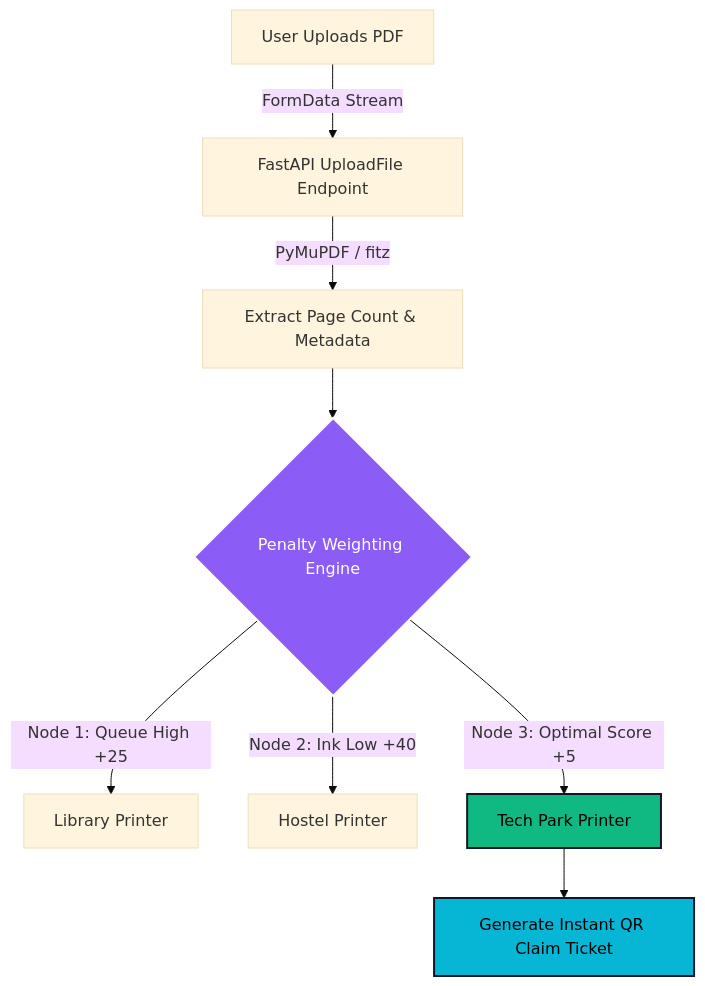
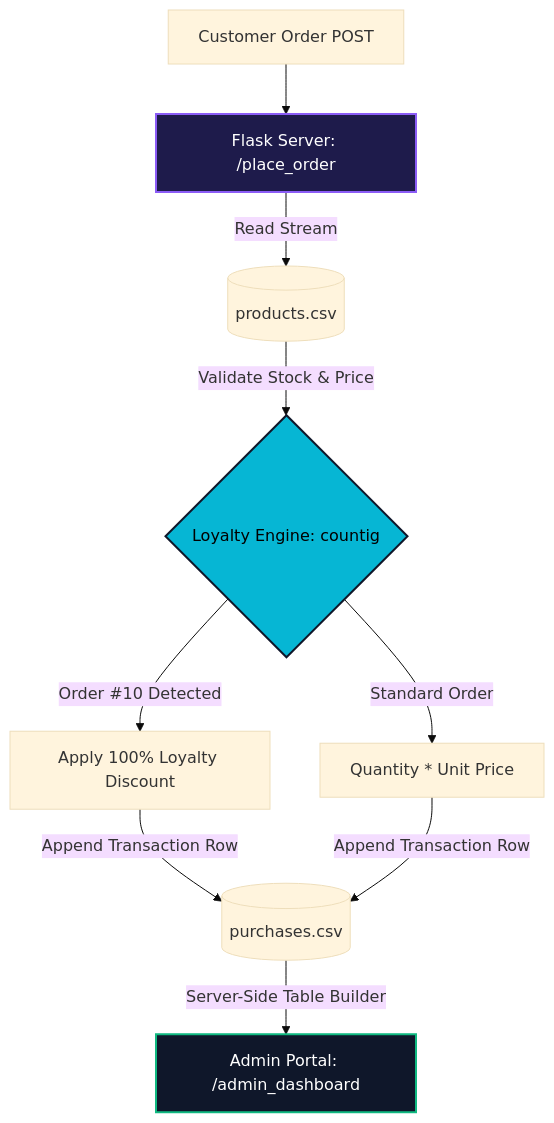
Before and after one commit to RD998/RD998: the second of 4 diagrams in README.md, drawn with Mermaid (base theme). The commit also changed other lines of this file, not shown here.

````diff
--- a/README.md
+++ b/README.md
@@ -75,13 +65,13 @@
 ```mermaid
 flowchart TD
-    PDF[User Uploads PDF] -->|FormData Stream| API[FastAPI UploadFile Endpoint]
-    API -->|PyMuPDF / fitz| META[Extract Page Count & Metadata]
-    META --> ALG{Penalty Weighting Engine}
-    ALG -->|Node 1: Queue High +25| P1[Library Printer]
-    ALG -->|Node 2: Ink Low +40| P2[Hostel Printer]
-    ALG -->|Node 3: Optimal Score +5| P3[Tech Park Printer]
-    P3 --> QR[Generate Instant QR Claim Ticket]
-    style ALG fill:#8b5cf6,stroke:#fff,stroke-width:2px,color:#fff
-    style P3 fill:#10b981,stroke:#0f172a,stroke-width:2px,color:#000
-    style QR fill:#06b6d4,stroke:#0f172a,stroke-width:2px,color:#000
+    USER[Customer Order POST] --> FLASK[Flask Server: /place_order]
+    FLASK -->|Read Stream| PROD[(products.csv)]
+    PROD -->|Validate Stock & Price| LOGIC{Loyalty Engine: countig}
+    LOGIC -->|Order #10 Detected| FREE[Apply 100% Loyalty Discount]
+    LOGIC -->|Standard Order| CALC[Quantity * Unit Price]
+    FREE & CALC -->|Append Transaction Row| PURCH[(purchases.csv)]
+    PURCH -->|Server-Side Table Builder| ADMIN[Admin Portal: /admin_dashboard]
+    style FLASK fill:#1e1b4b,stroke:#8b5cf6,stroke-width:2px,color:#fff
+    style LOGIC fill:#06b6d4,stroke:#0f172a,stroke-width:2px,color:#000
+    style ADMIN fill:#0f172a,stroke:#10b981,stroke-width:2px,color:#fff
 ```
````
